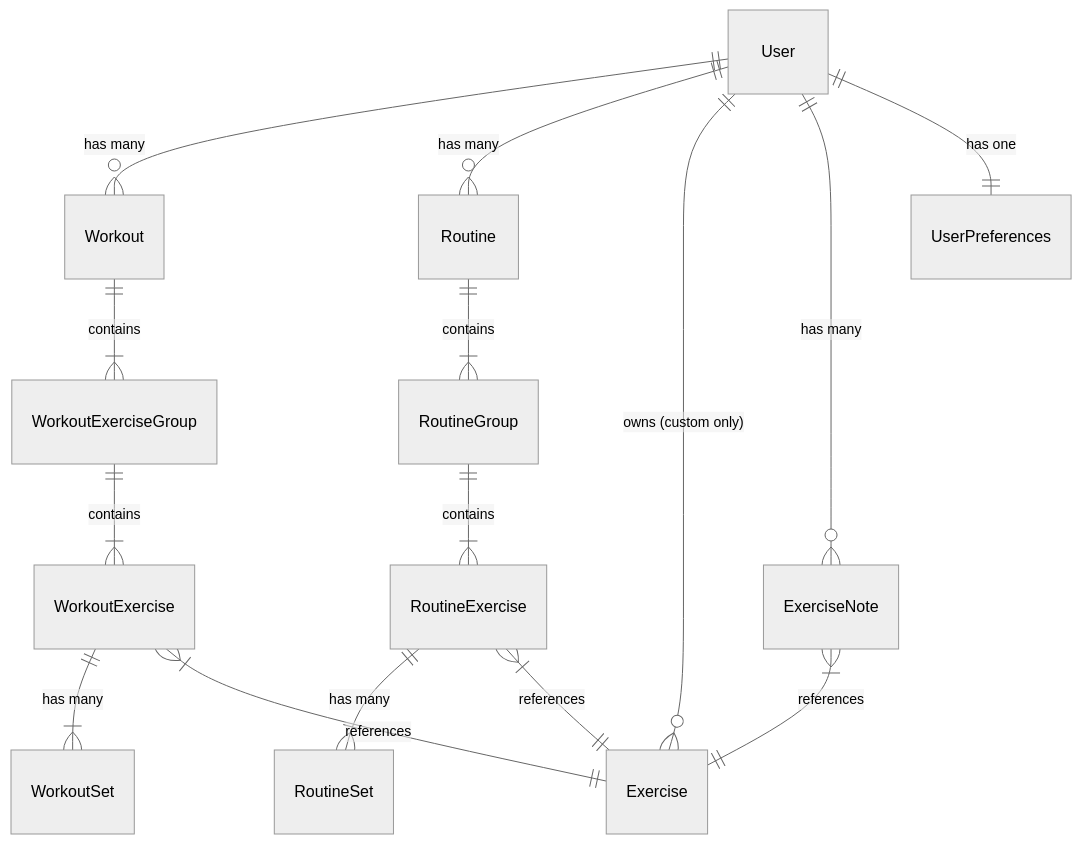
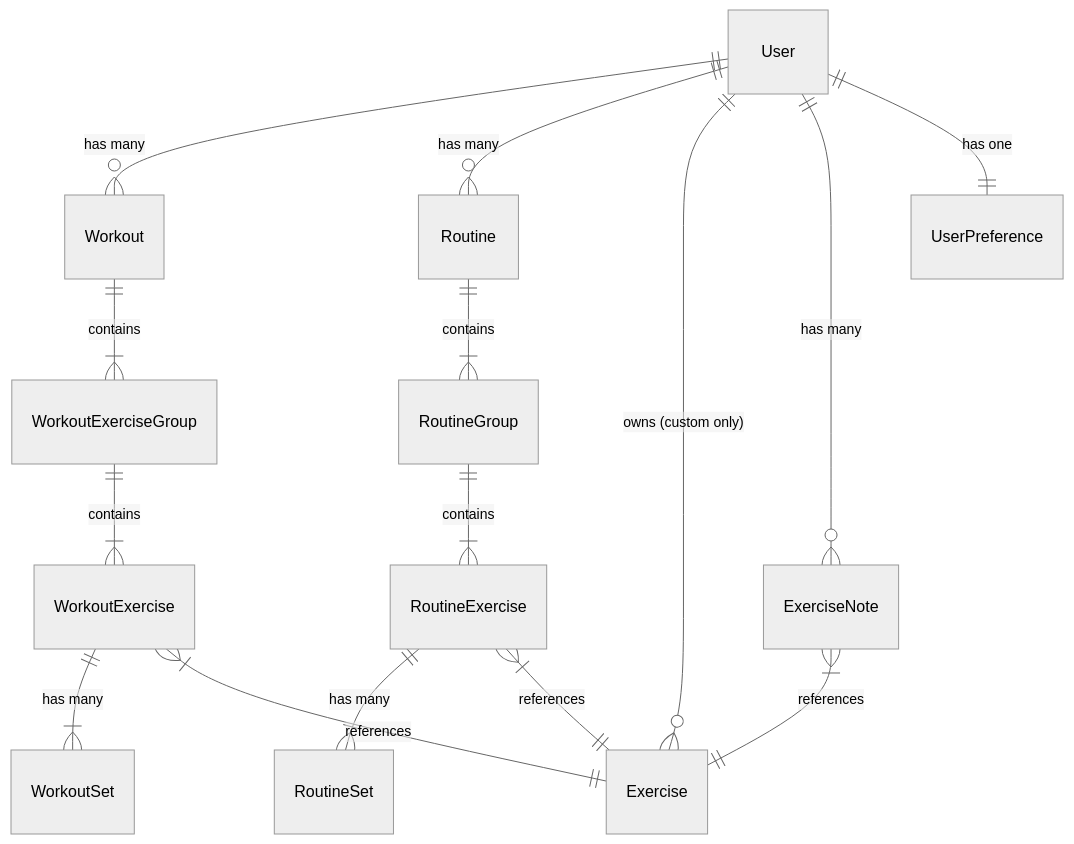
The diagram in docs/data-model.md (Kevin-McGonigle/gymothy), drawn with Mermaid (neutral theme) before and after one commit. The commit also changed other lines of this file and 11 other files, not shown here.

First line of the commit message:
feat(TASK-002): database schema (#21)

````diff
--- a/docs/data-model.md
+++ b/docs/data-model.md
@@ -164,20 +167,20 @@
 ```mermaid
 erDiagram
     User ||--o{ Workout : "has many"
     User ||--o{ Routine : "has many"
     User ||--o{ Exercise : "owns (custom only)"
     User ||--o{ ExerciseNote : "has many"
-    User ||--|| UserPreferences : "has one"
+    User ||--|| UserPreference : "has one"
 
     Workout ||--|{ WorkoutExerciseGroup : contains
     WorkoutExerciseGroup ||--|{ WorkoutExercise : contains
     WorkoutExercise ||--|{ WorkoutSet : "has many"
 
     Routine ||--|{ RoutineGroup : contains
     RoutineGroup ||--|{ RoutineExercise : contains
     RoutineExercise ||--|{ RoutineSet : "has many"
 
     WorkoutExercise }|--|| Exercise : references
     RoutineExercise }|--|| Exercise : references
     ExerciseNote }|--|| Exercise : references
 ```
````
